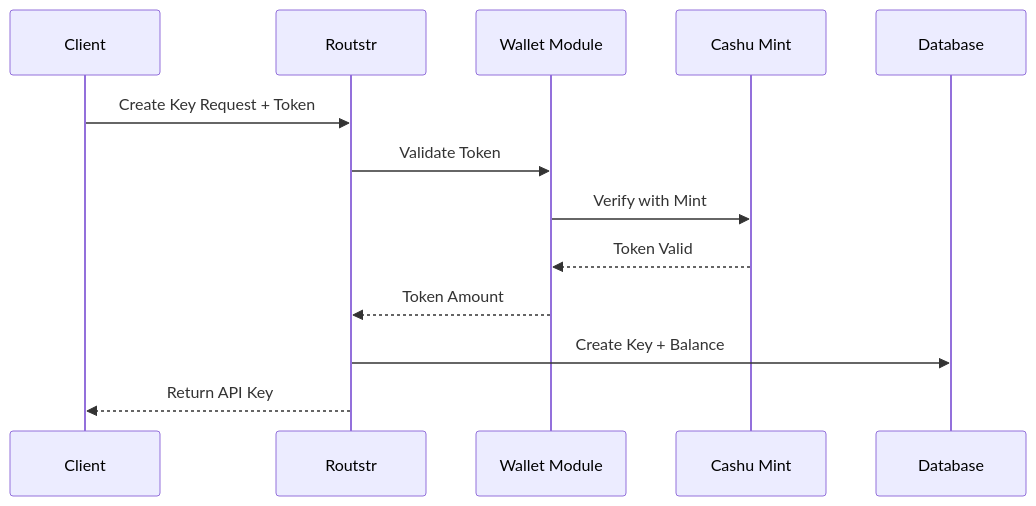
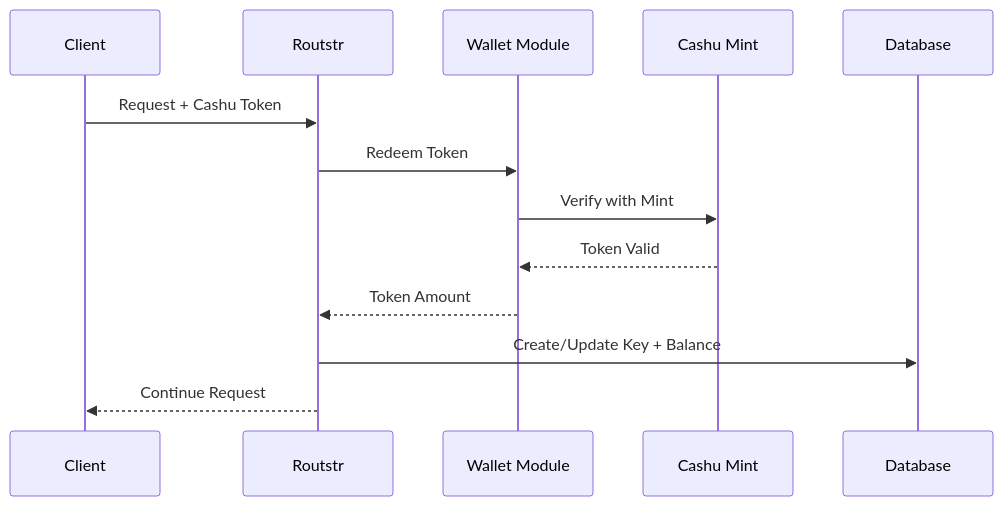
Before and after one commit to Routstr/routstr-core: the third of 3 diagrams in docs/contributing/architecture.md, drawn with Mermaid. The commit also changed other lines of this file and 21 other files, not shown here.

````diff
--- a/docs/contributing/architecture.md
+++ b/docs/contributing/architecture.md
@@ -119,16 +149,16 @@
 ```mermaid
 sequenceDiagram
     participant C as Client
     participant R as Routstr
     participant W as Wallet Module
     participant M as Cashu Mint
     participant D as Database
     
-    C->>R: Create Key Request + Token
-    R->>W: Validate Token
+    C->>R: Request + Cashu Token
+    R->>W: Redeem Token
     W->>M: Verify with Mint
     M-->>W: Token Valid
     W-->>R: Token Amount
-    R->>D: Create Key + Balance
-    R-->>C: Return API Key
+    R->>D: Create/Update Key + Balance
+    R-->>C: Continue Request
 ```
````
